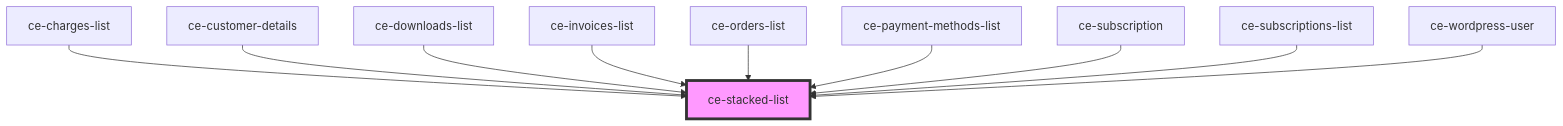
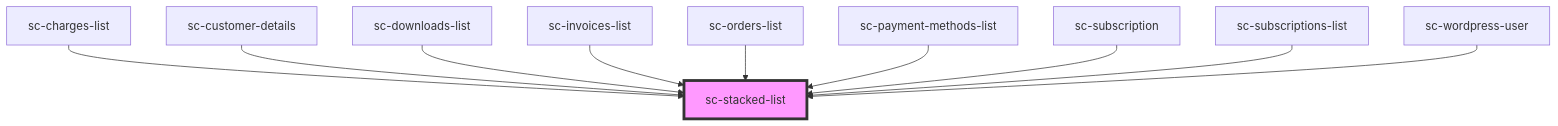
Before and after one commit to surecart/surecart-wp-plugin: the diagram in packages/components/src/components/ui/stacked-list/readme.md, drawn with Mermaid. The commit also changed other lines of this file and 1281 other files, not shown here.

````diff
--- a/packages/components/src/components/ui/stacked-list/readme.md
+++ b/packages/components/src/components/ui/stacked-list/readme.md
@@ -23,13 +23,13 @@
 ```mermaid
 graph TD;
-  ce-charges-list --> ce-stacked-list
-  ce-customer-details --> ce-stacked-list
-  ce-downloads-list --> ce-stacked-list
-  ce-invoices-list --> ce-stacked-list
-  ce-orders-list --> ce-stacked-list
-  ce-payment-methods-list --> ce-stacked-list
-  ce-subscription --> ce-stacked-list
-  ce-subscriptions-list --> ce-stacked-list
-  ce-wordpress-user --> ce-stacked-list
-  style ce-stacked-list fill:#f9f,stroke:#333,stroke-width:4px
+  sc-charges-list --> sc-stacked-list
+  sc-customer-details --> sc-stacked-list
+  sc-downloads-list --> sc-stacked-list
+  sc-invoices-list --> sc-stacked-list
+  sc-orders-list --> sc-stacked-list
+  sc-payment-methods-list --> sc-stacked-list
+  sc-subscription --> sc-stacked-list
+  sc-subscriptions-list --> sc-stacked-list
+  sc-wordpress-user --> sc-stacked-list
+  style sc-stacked-list fill:#f9f,stroke:#333,stroke-width:4px
 ```
````
